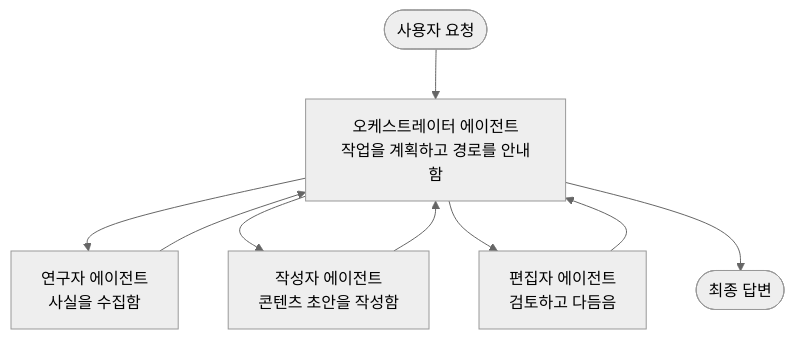
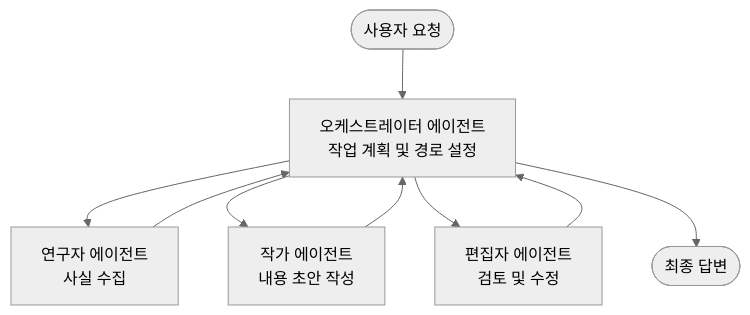
The diagram in translations/ko/docs/chapter-05-multi-agent/multi-agent-basics.md (microsoft/AZD-for-beginners), drawn with Mermaid (neutral theme) before and after one commit. The commit also changed other lines of this file and 60 other files, not shown here.

````diff
--- a/translations/ko/docs/chapter-05-multi-agent/multi-agent-basics.md
+++ b/translations/ko/docs/chapter-05-multi-agent/multi-agent-basics.md
@@ -43,11 +43,11 @@
 ```mermaid
 graph TD
-    User([사용자 요청]) --> Orchestrator[오케스트레이터 에이전트<br/>작업을 계획하고 경로를 안내함]
-    Orchestrator --> Researcher[연구자 에이전트<br/>사실을 수집함]
-    Orchestrator --> Writer[작성자 에이전트<br/>콘텐츠 초안을 작성함]
-    Orchestrator --> Editor[편집자 에이전트<br/>검토하고 다듬음]
+    User([사용자 요청]) --> Orchestrator[오케스트레이터 에이전트<br/>작업 계획 및 경로 설정]
+    Orchestrator --> Researcher[연구자 에이전트<br/>사실 수집]
+    Orchestrator --> Writer[작가 에이전트<br/>내용 초안 작성]
+    Orchestrator --> Editor[편집자 에이전트<br/>검토 및 수정]
     Researcher --> Orchestrator
     Writer --> Orchestrator
     Editor --> Orchestrator
     Orchestrator --> Result([최종 답변])
 ```
````
